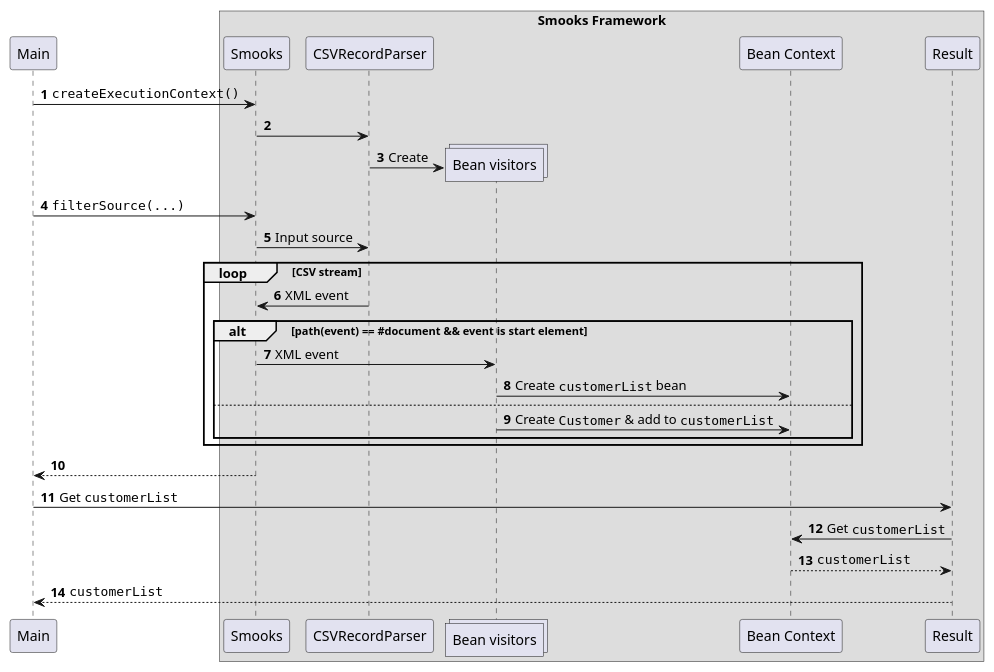
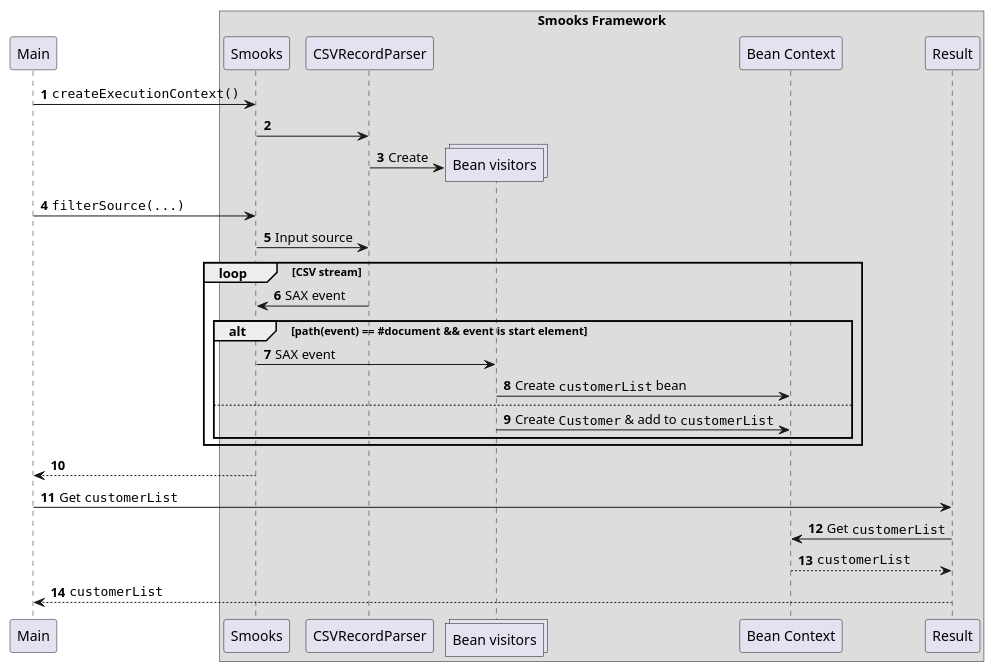
One commit to smooks/smooks-examples changed the diagram in csv-to-java-programmatic/docs/csv-to-java-programmatic.puml. Above: the diagram before and after it, drawn with PlantUML. The commit also changed 17 other files, not shown here.

```diff
--- a/csv-to-java-programmatic/docs/csv-to-java-programmatic.puml
+++ b/csv-to-java-programmatic/docs/csv-to-java-programmatic.puml
@@ -1,32 +1,32 @@
 @startuml
 participant Main
 box Smooks Framework
 participant Smooks
 participant CSVRecordParser
 collections "Bean visitors"
 participant "Bean Context"
 participant Result
 end box
 autonumber
 
 Main -> Smooks : ""createExecutionContext()""
 Smooks -> CSVRecordParser
 create "Bean visitors"
 CSVRecordParser -> "Bean visitors": Create
 Main -> Smooks : ""filterSource(...)""
 Smooks -> CSVRecordParser: Input source
 loop CSV stream
-    Smooks <- CSVRecordParser: XML event
+    Smooks <- CSVRecordParser: SAX event
     alt path(event) == #document && event is start element
-        Smooks -> "Bean visitors": XML event
+        Smooks -> "Bean visitors": SAX event
         "Bean visitors" -> "Bean Context": Create ""customerList"" bean
     else
         "Bean visitors" -> "Bean Context": Create ""Customer"" & add to ""customerList""
     end
 end
 Smooks --> Main
 Main -> Result: Get ""customerList""
 Result -> "Bean Context": Get ""customerList""
 "Bean Context" --> Result: ""customerList""
 Result --> Main: ""customerList""
 @enduml
```
